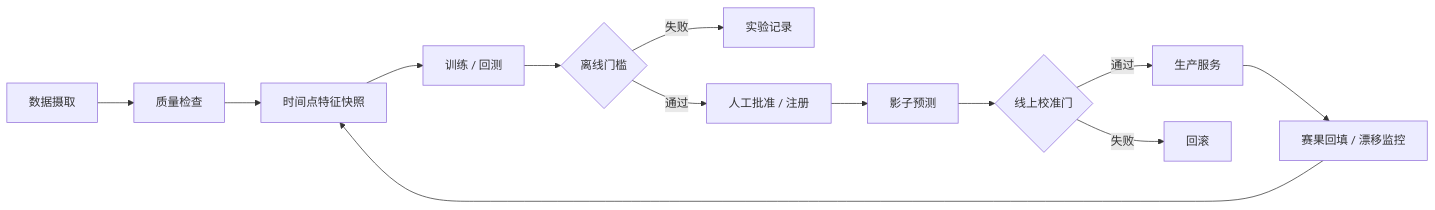
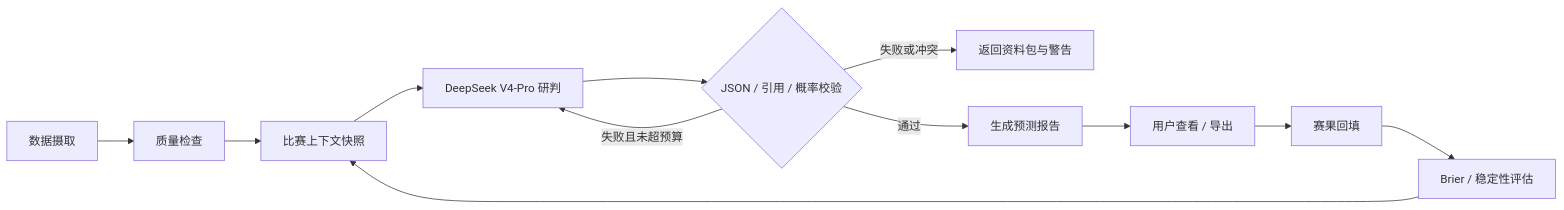
One commit to AlexYin-Tongji/football-ai-harness-loop changed the third of 3 diagrams in docs/architecture/SYSTEM_DESIGN.md. Above: the diagram before and after it, drawn with Mermaid. The commit also changed other lines of this file and 10 other files, not shown here.

````diff
--- a/docs/architecture/SYSTEM_DESIGN.md
+++ b/docs/architecture/SYSTEM_DESIGN.md
@@ -104,15 +102,14 @@
 ```mermaid
 flowchart LR
     A["数据摄取"] --> B["质量检查"]
-    B --> C["时间点特征快照"]
-    C --> D["训练 / 回测"]
-    D --> E{"离线门槛"}
-    E -->|失败| F["实验记录"]
-    E -->|通过| G["人工批准 / 注册"]
-    G --> H["影子预测"]
-    H --> I{"线上校准门"}
-    I -->|通过| J["生产服务"]
-    I -->|失败| K["回滚"]
-    J --> L["赛果回填 / 漂移监控"]
-    L --> C
+    B --> C["比赛上下文快照"]
+    C --> D["DeepSeek V4-Pro 研判"]
+    D --> E{"JSON / 引用 / 概率校验"}
+    E -->|失败且未超预算| D
+    E -->|失败或冲突| F["返回资料包与警告"]
+    E -->|通过| G["生成预测报告"]
+    G --> H["用户查看 / 导出"]
+    H --> I["赛果回填"]
+    I --> J["Brier / 稳定性评估"]
+    J --> C
 ```
````
